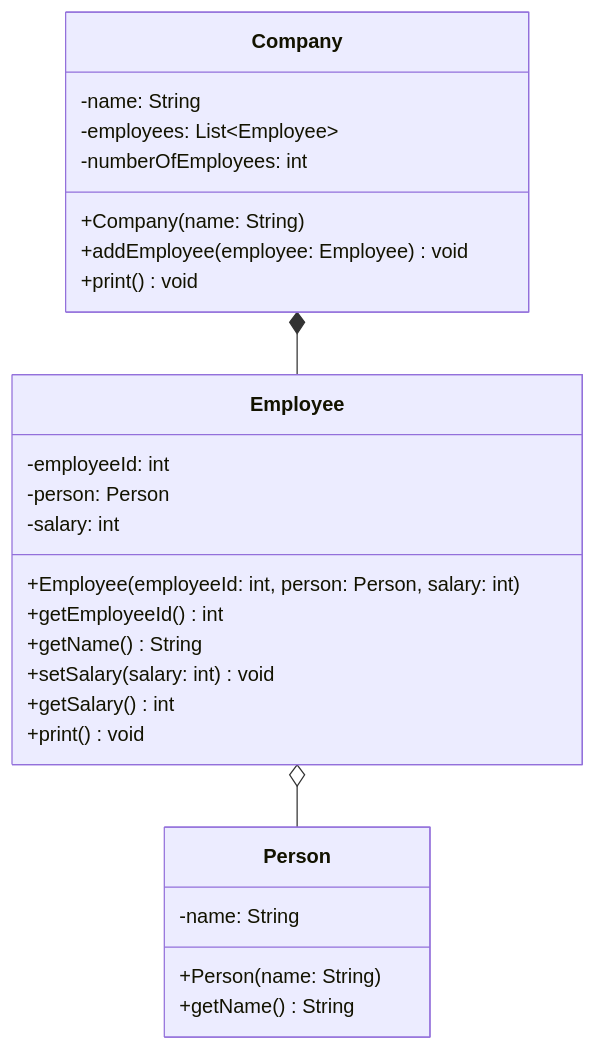
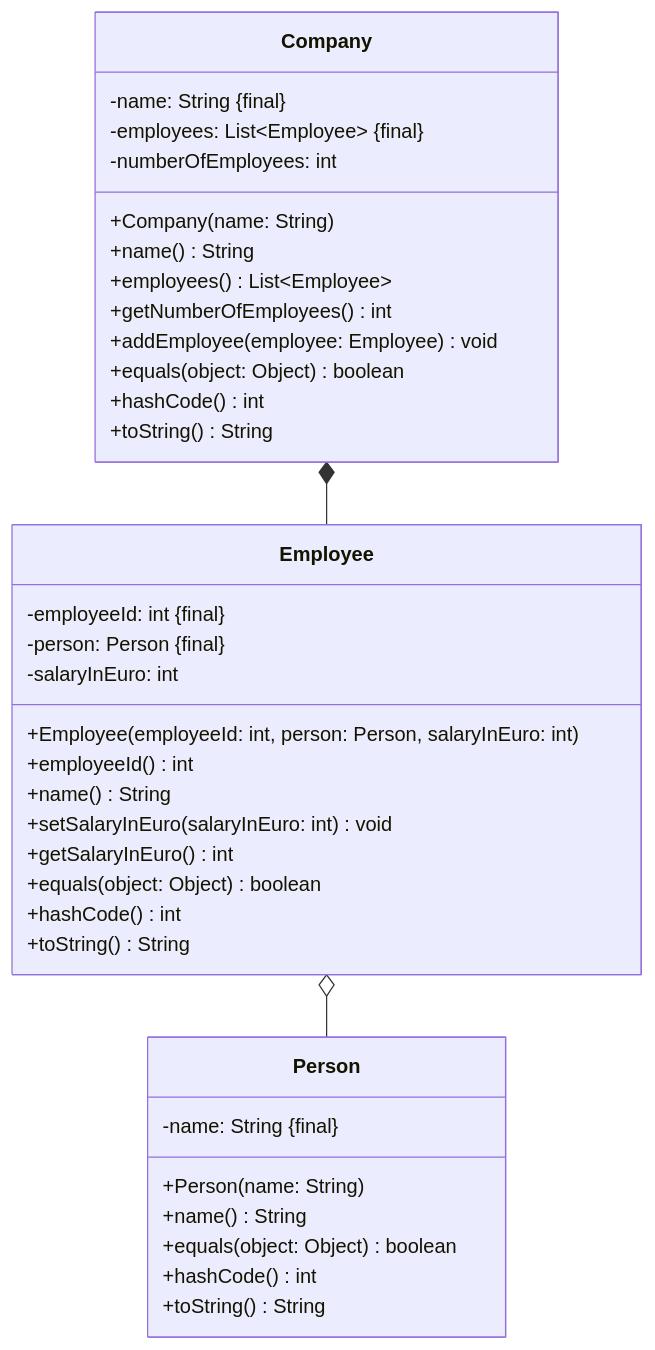
Before and after one commit to jappuccini/java-docs: the diagram in docs/exercises/inner-classes/inner-classes02.mdx, drawn with Mermaid. The commit also changed other lines of this file and 39 other files, not shown here.

````diff
--- a/docs/exercises/inner-classes/inner-classes02.mdx
+++ b/docs/exercises/inner-classes/inner-classes02.mdx
@@ -18,32 +17,42 @@
 ```mermaid
 classDiagram
     Company *-- Employee
     Employee o-- Person
 
     class Company {
-        -name: String
-        -employees: List~Employee~
+        -name: String &#123final&#125
+        -employees: List~Employee~ &#123final&#125
         -numberOfEmployees: int
         +Company(name: String)
+        +name() String
+        +employees() List~Employee~
+        +getNumberOfEmployees() int
         +addEmployee(employee: Employee) void
-        +print() void
+        +equals(object: Object) boolean
+        +hashCode() int
+        +toString() String
     }
 
     class Person {
-        -name: String
+        -name: String &#123final&#125
         +Person(name: String)
-        +getName() String
+        +name() String
+        +equals(object: Object) boolean
+        +hashCode() int
+        +toString() String
     }
 
     class Employee {
-        -employeeId: int
-        -person: Person
-        -salary: int
-        +Employee(employeeId: int, person: Person, salary: int)
-        +getEmployeeId() int
-        +getName() String
-        +setSalary(salary: int) void
-        +getSalary() int
-        +print() void
+        -employeeId: int &#123final&#125
+        -person: Person &#123final&#125
+        -salaryInEuro: int
+        +Employee(employeeId: int, person: Person, salaryInEuro: int)
+        +employeeId() int
+        +name() String
+        +setSalaryInEuro(salaryInEuro: int) void
+        +getSalaryInEuro() int
+        +equals(object: Object) boolean
+        +hashCode() int
+        +toString() String
     }
 ```
````
